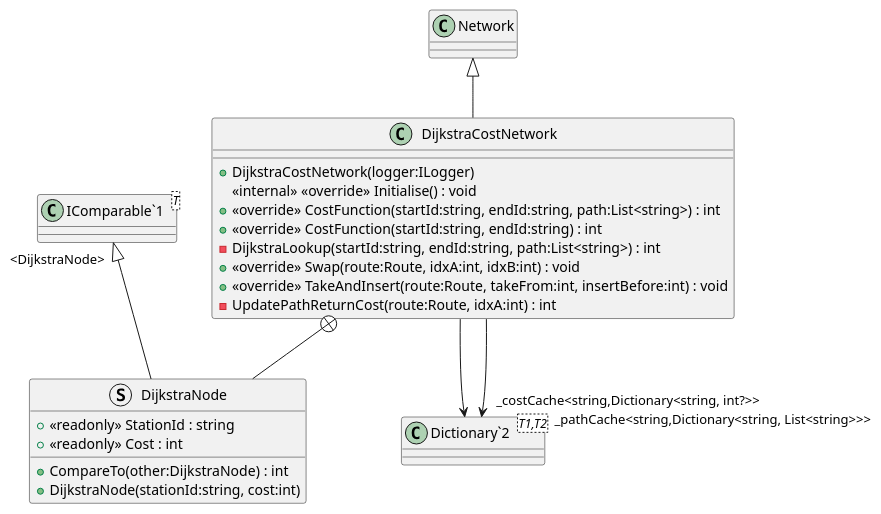
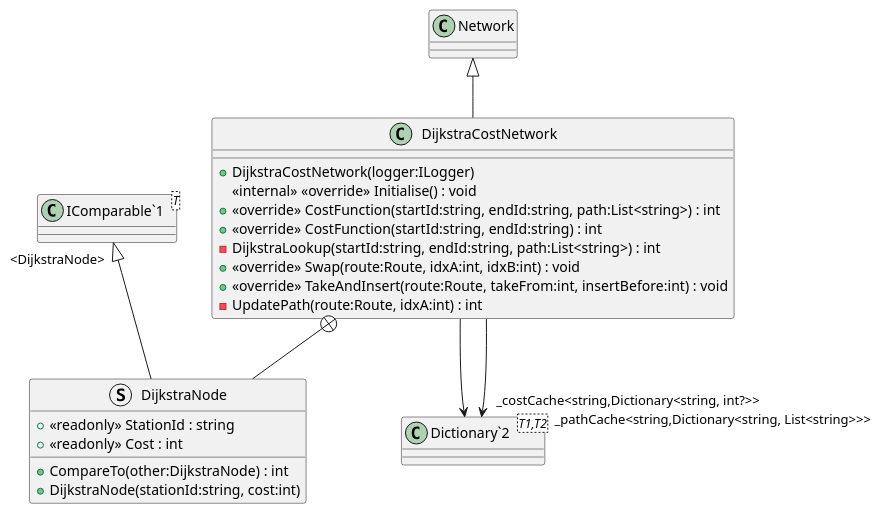
Before and after one commit to Liftyee/london-tube-navigator: the diagram in TubeChallengeRouter/puml/TransportNetwork/DijkstraCostNetwork.puml, drawn with PlantUML. The commit also changed 19 other files, not shown here.

```diff
--- a/TubeChallengeRouter/puml/TransportNetwork/DijkstraCostNetwork.puml
+++ b/TubeChallengeRouter/puml/TransportNetwork/DijkstraCostNetwork.puml
@@ -1,27 +1,27 @@
 @startuml
 class DijkstraCostNetwork {
     + DijkstraCostNetwork(logger:ILogger)
     <<internal>> <<override>> Initialise() : void
     + <<override>> CostFunction(startId:string, endId:string, path:List<string>) : int
     + <<override>> CostFunction(startId:string, endId:string) : int
     - DijkstraLookup(startId:string, endId:string, path:List<string>) : int
     + <<override>> Swap(route:Route, idxA:int, idxB:int) : void
     + <<override>> TakeAndInsert(route:Route, takeFrom:int, insertBefore:int) : void
-    - UpdatePathReturnCost(route:Route, idxA:int) : int
+    - UpdatePath(route:Route, idxA:int) : int
 }
 struct DijkstraNode {
     + <<readonly>> StationId : string
     + <<readonly>> Cost : int
     + CompareTo(other:DijkstraNode) : int
     + DijkstraNode(stationId:string, cost:int)
 }
 class "Dictionary`2"<T1,T2> {
 }
 class "IComparable`1"<T> {
 }
 Network <|-- DijkstraCostNetwork
 DijkstraCostNetwork --> "_costCache<string,Dictionary<string, int?>>" "Dictionary`2"
 DijkstraCostNetwork --> "_pathCache<string,Dictionary<string, List<string>>>" "Dictionary`2"
 DijkstraCostNetwork +-- DijkstraNode
 "IComparable`1" "<DijkstraNode>" <|-- DijkstraNode
 @enduml
```
